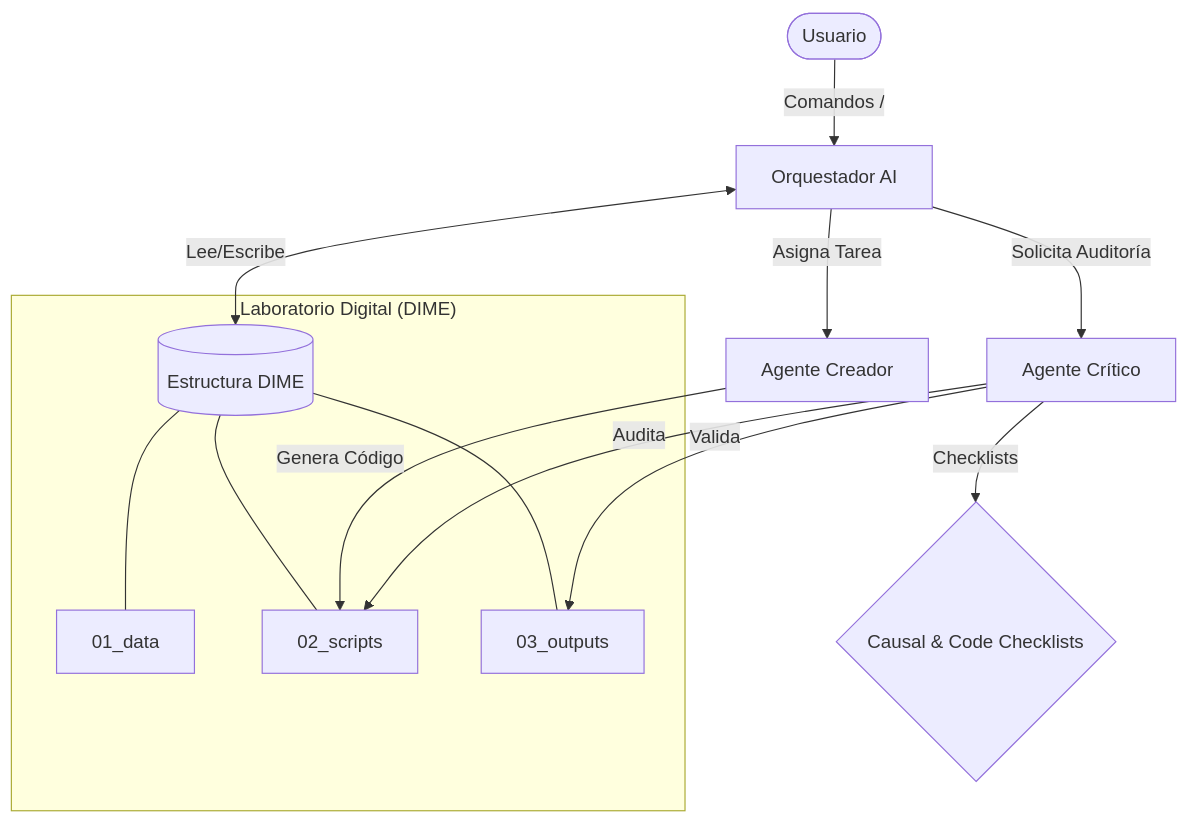
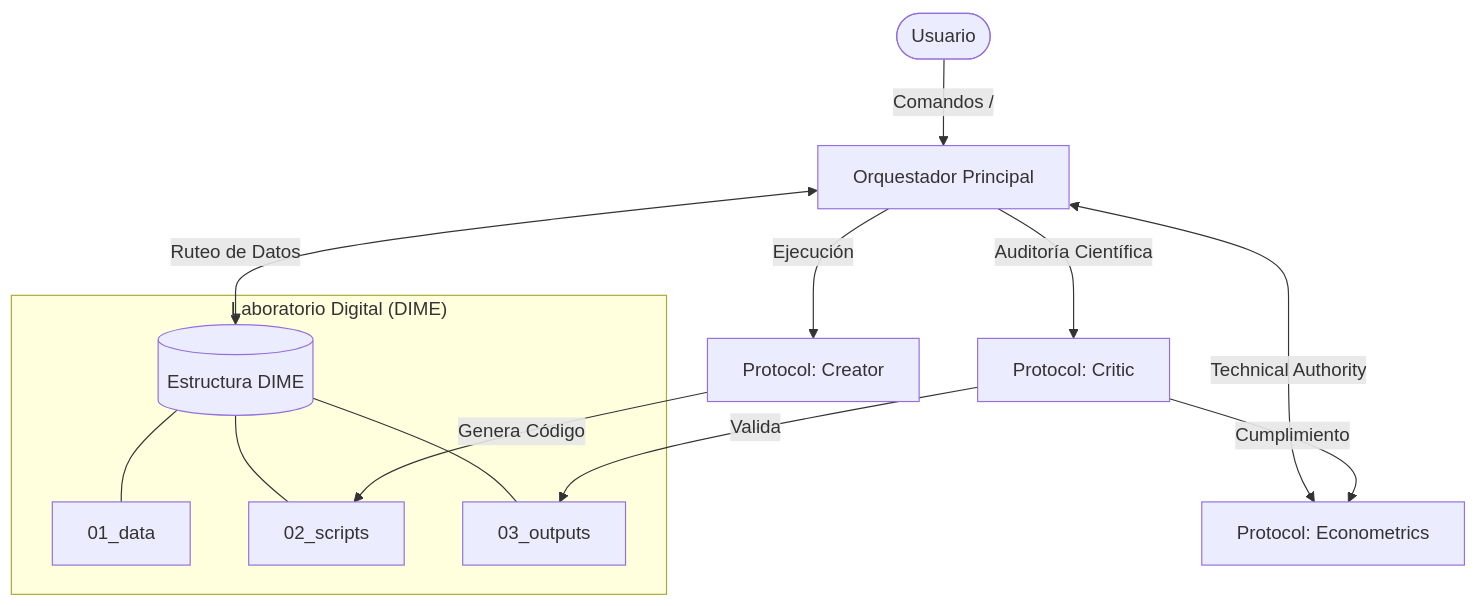
Before and after one commit to MaykolMedrano/projectinit-ai: the diagram in README.md, drawn with Mermaid. The commit also changed other lines of this file and 191 other files, not shown here.

Commit message:
feat: purified DIME architecture, renamed ados to utilities, and cleaned project root

````diff
--- a/README.md
+++ b/README.md
@@ -58,18 +54,18 @@
 ```mermaid
 graph TD
-    User([Usuario]) -->|Comandos /| Orch[Orquestador AI]
-    Orch <-->|Lee/Escribe| DIME[(Estructura DIME)]
-    Orch -->|Asigna Tarea| Creator[Agente Creador]
-    Orch -->|Solicita Auditoría| Critic[Agente Crítico]
+    User([Usuario]) -->|Comandos /| Orch[Orquestador Principal]
+    Orch <-->|Technical Authority| Econ[Protocol: Econometrics]
+    Orch <-->|Ruteo de Datos| DIME[(Estructura DIME)]
+    Orch -->|Ejecución| Creator[Protocol: Creator]
+    Orch -->|Auditoría Científica| Critic[Protocol: Critic]
     
     subgraph "Laboratorio Digital (DIME)"
         DIME --- D1[01_data]
         DIME --- D2[02_scripts]
         DIME --- D3[03_outputs]
     end
     
     Creator -->|Genera Código| D2
-    Critic -->|Audita| D2
     Critic -->|Valida| D3
-    Critic -->|Checklists| CK{Causal & Code Checklists}
+    Critic -->|Cumplimiento| Econ
 ```
````
